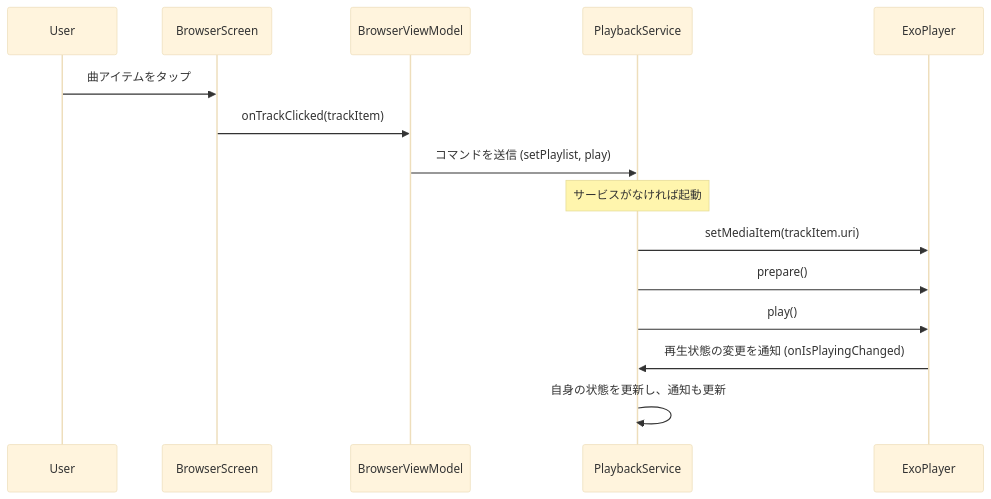
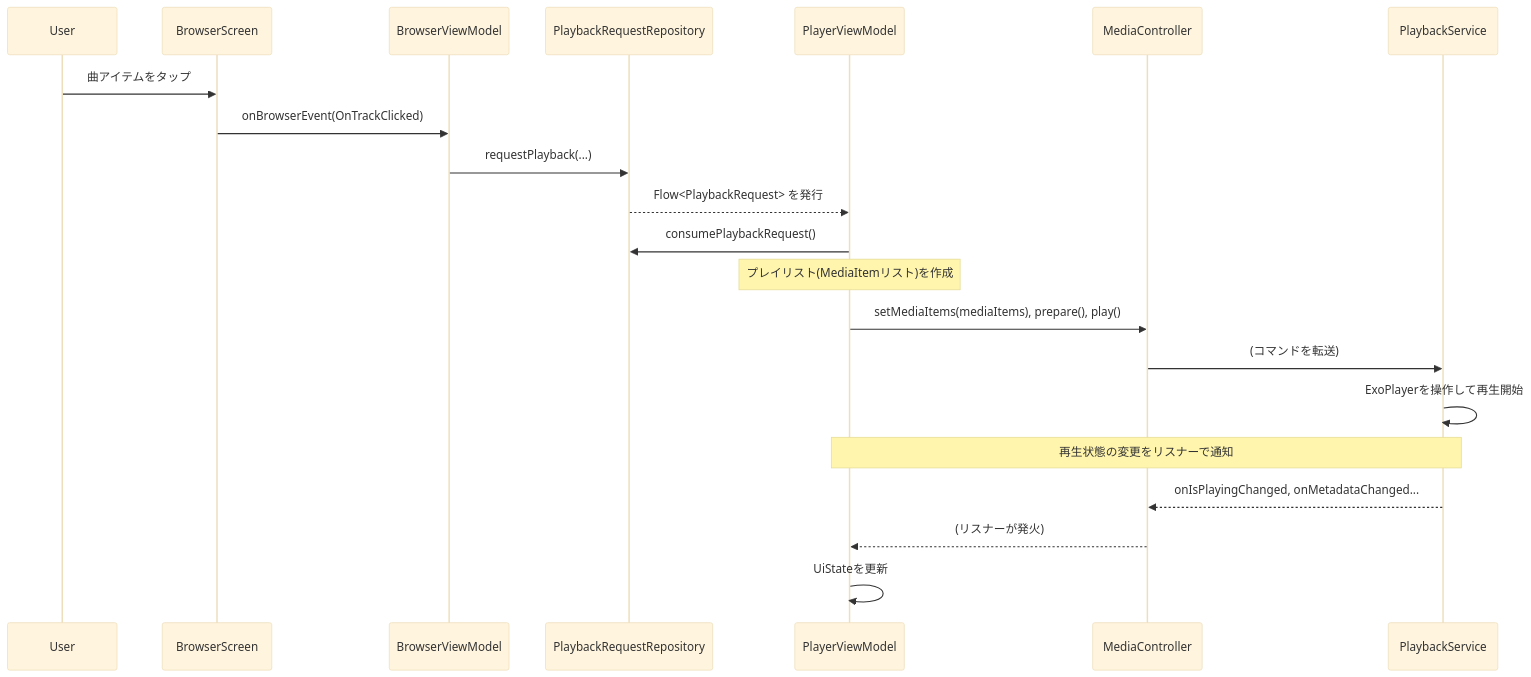
The third of 3 diagrams in Technical Design Document-Phase1.md (mob-wo/ModularStreamPlayer), drawn with Mermaid (base theme) before and after one commit. The commit also changed other lines of this file and 5 other files, not shown here.

````diff
--- a/Technical Design Document-Phase1.md
+++ b/Technical Design Document-Phase1.md
@@ -159,20 +173,29 @@
 ```mermaid
 sequenceDiagram
     participant User
     participant BrowserScreen
     participant BrowserViewModel
+    participant PlaybackRequestRepository
+    participant PlayerViewModel
+    participant MediaController
     participant PlaybackService
-    participant ExoPlayer
 
     User->>BrowserScreen: 曲アイテムをタップ
-    BrowserScreen->>BrowserViewModel: onTrackClicked(trackItem)
-    BrowserViewModel->>PlaybackService: コマンドを送信 (setPlaylist, play)
-    Note over PlaybackService: サービスがなければ起動
-
-    PlaybackService->>ExoPlayer: setMediaItem(trackItem.uri)
-    PlaybackService->>ExoPlayer: prepare()
-    PlaybackService->>ExoPlayer: play()
-
-    ExoPlayer->>PlaybackService: 再生状態の変更を通知 (onIsPlayingChanged)
-    PlaybackService->>PlaybackService: 自身の状態を更新し、通知も更新
+    BrowserScreen->>BrowserViewModel: onBrowserEvent(OnTrackClicked)
+    BrowserViewModel->>PlaybackRequestRepository: requestPlayback(...)
+    
+    PlaybackRequestRepository-->>PlayerViewModel: Flow<PlaybackRequest> を発行
+    PlayerViewModel->>PlaybackRequestRepository: consumePlaybackRequest()
+    
+    Note over PlayerViewModel: プレイリスト(MediaItemリスト)を作成
+    
+    PlayerViewModel->>MediaController: setMediaItems(mediaItems), prepare(), play()
+    MediaController->>PlaybackService: (コマンドを転送)
+    
+    PlaybackService->>PlaybackService: ExoPlayerを操作して再生開始
+    
+    Note over PlaybackService, PlayerViewModel: 再生状態の変更をリスナーで通知
+    PlaybackService-->>MediaController: onIsPlayingChanged, onMetadataChanged...
+    MediaController-->>PlayerViewModel: (リスナーが発火)
+    PlayerViewModel->>PlayerViewModel: UiStateを更新
 ```
````
